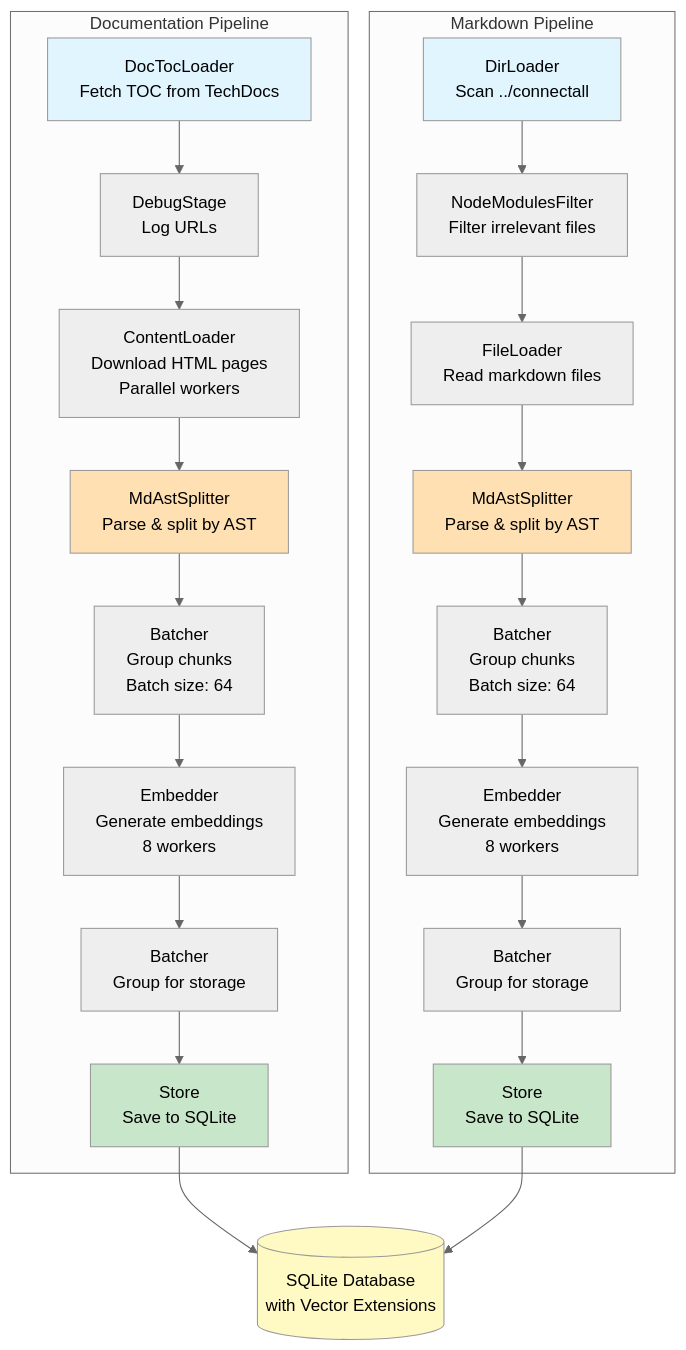
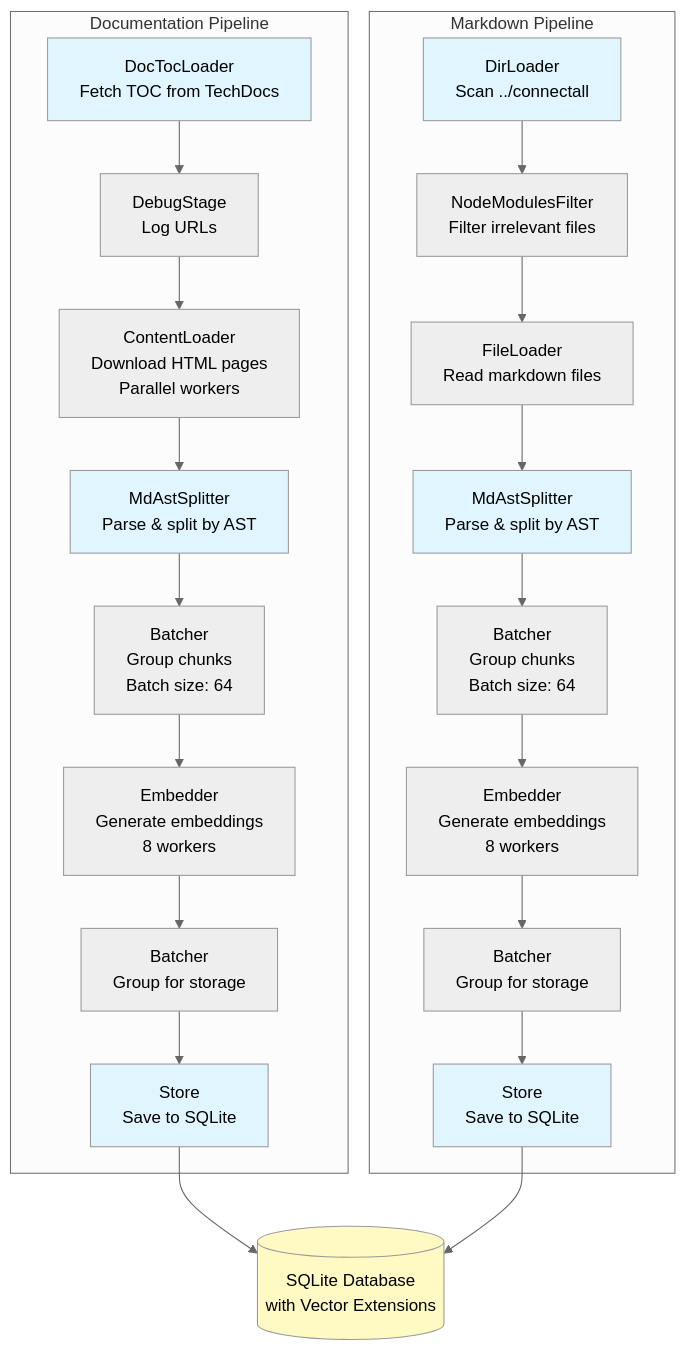
Before and after one commit to niedch/vectree: the diagram in README.md, drawn with Mermaid (neutral theme).

````diff
--- a/README.md
+++ b/README.md
@@ -33,33 +33,33 @@
 ```mermaid
 graph TD
     subgraph "Documentation Pipeline"
         A1[DocTocLoader<br/>Fetch TOC from TechDocs] --> A2[DebugStage<br/>Log URLs]
         A2 --> A3[ContentLoader<br/>Download HTML pages<br/>Parallel workers]
         A3 --> A4[MdAstSplitter<br/>Parse & split by AST]
         A4 --> A5[Batcher<br/>Group chunks<br/>Batch size: 64]
         A5 --> A6[Embedder<br/>Generate embeddings<br/>8 workers]
         A6 --> A7[Batcher<br/>Group for storage]
         A7 --> A8[Store<br/>Save to SQLite]
     end
 
     subgraph "Markdown Pipeline"
         B1[DirLoader<br/>Scan ../connectall] --> B2[NodeModulesFilter<br/>Filter irrelevant files]
         B2 --> B3[FileLoader<br/>Read markdown files]
         B3 --> B4[MdAstSplitter<br/>Parse & split by AST]
         B4 --> B5[Batcher<br/>Group chunks<br/>Batch size: 64]
         B5 --> B6[Embedder<br/>Generate embeddings<br/>8 workers]
         B6 --> B7[Batcher<br/>Group for storage]
         B7 --> B8[Store<br/>Save to SQLite]
     end
 
     A8 --> DB[(SQLite Database<br/>with Vector Extensions)]
     B8 --> DB
 
     style A1 fill:#e1f5ff
     style B1 fill:#e1f5ff
-    style A4 fill:#ffe0b2
-    style B4 fill:#ffe0b2
-    style A8 fill:#c8e6c9
-    style B8 fill:#c8e6c9
+    style A4 fill:#e1f5ff
+    style B4 fill:#e1f5ff
+    style A8 fill:#e1f5ff
+    style B8 fill:#e1f5ff
     style DB fill:#fff9c4
 ```
````
